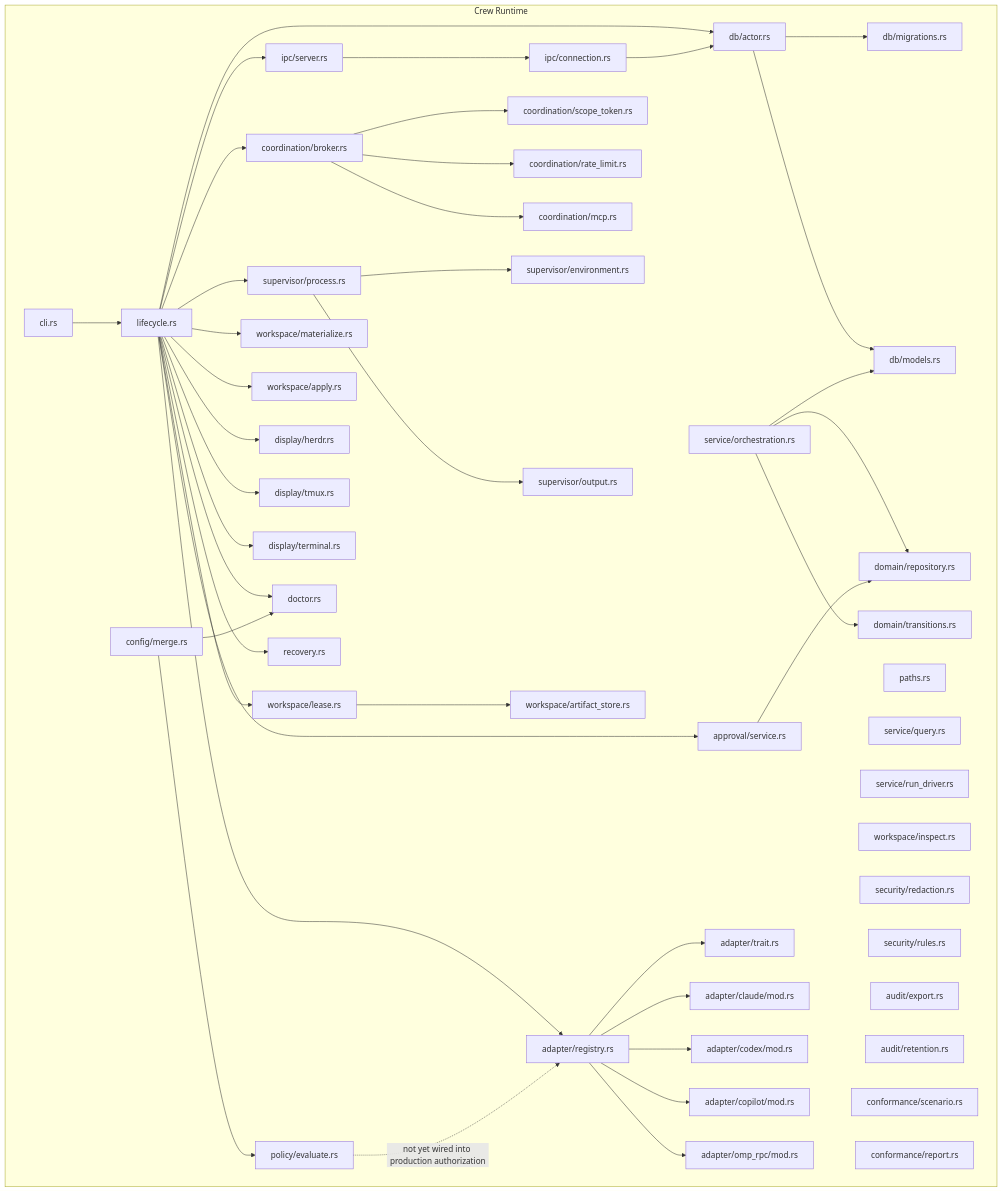
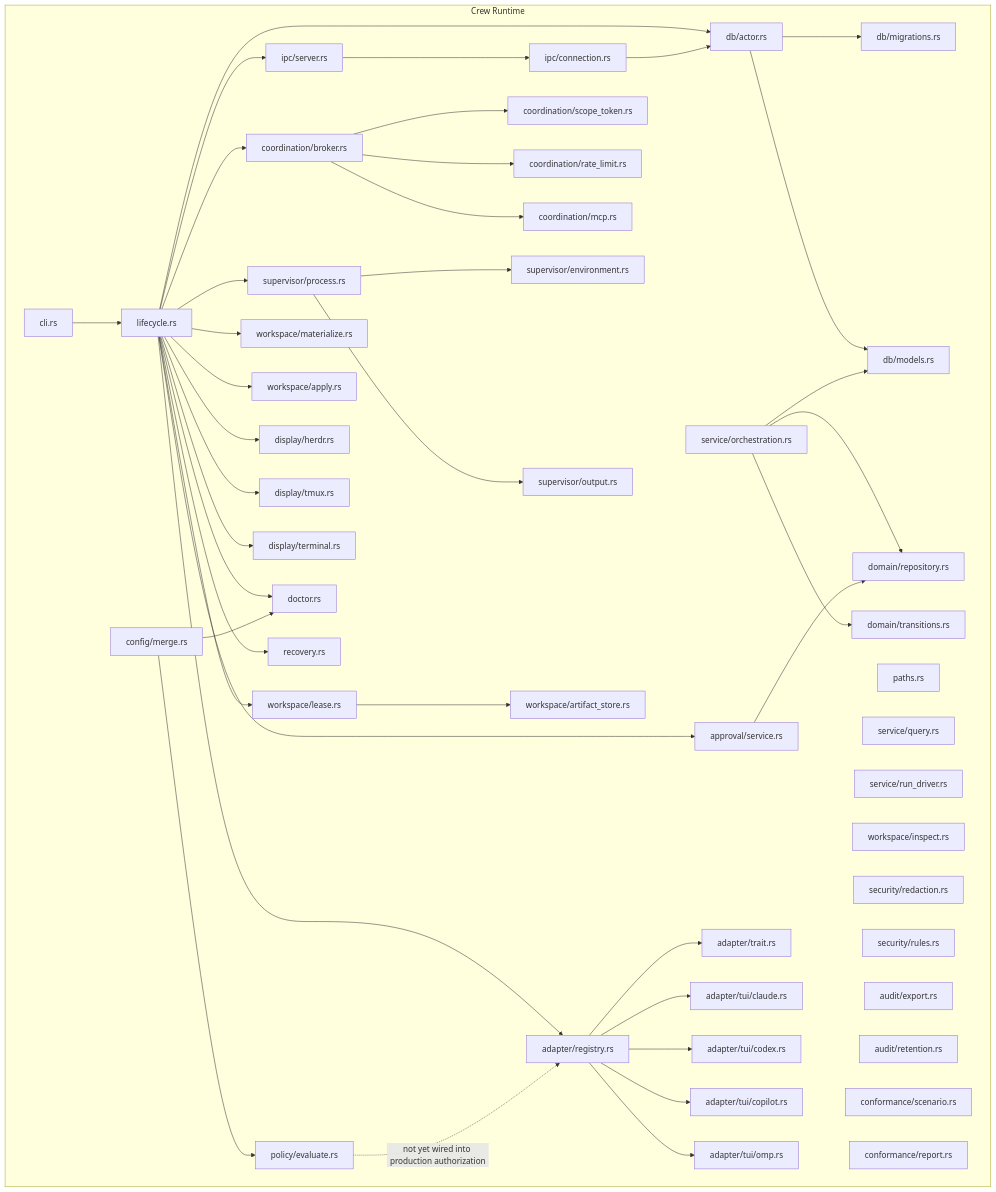
One commit to nikolasd/crew changed the fourth of 6 diagrams in docs/architecture.md. Above: the diagram before and after it, drawn with Mermaid. The commit also changed other lines of this file and 88 other files, not shown here.

```diff
--- a/docs/architecture.md
+++ b/docs/architecture.md
@@ -229,10 +229,10 @@
         RD[service/run_driver.rs]
         AR[adapter/registry.rs]
         AT[adapter/trait.rs]
-        AC[adapter/claude/mod.rs]
-        ACD[adapter/codex/mod.rs]
-        ACP[adapter/copilot/mod.rs]
-        AOR[adapter/omp_rpc/mod.rs]
+        AC[adapter/tui/claude.rs]
+        ACD[adapter/tui/codex.rs]
+        ACP[adapter/tui/copilot.rs]
+        AOR[adapter/tui/omp.rs]
         CB[coordination/broker.rs]
         CST[coordination/scope_token.rs]
         CRL[coordination/rate_limit.rs]
```
